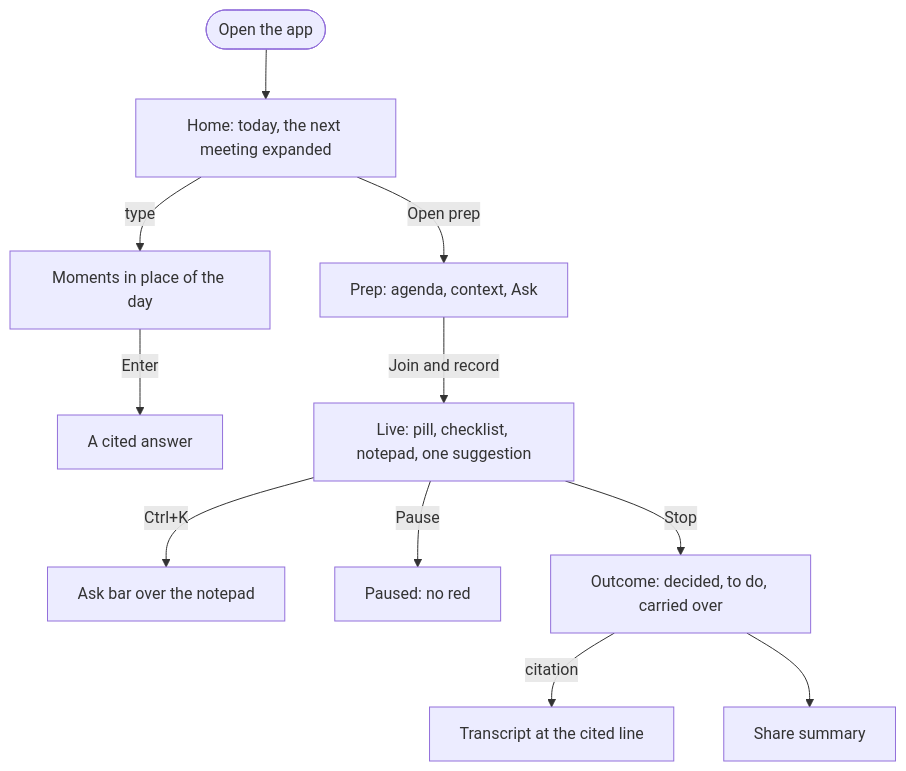
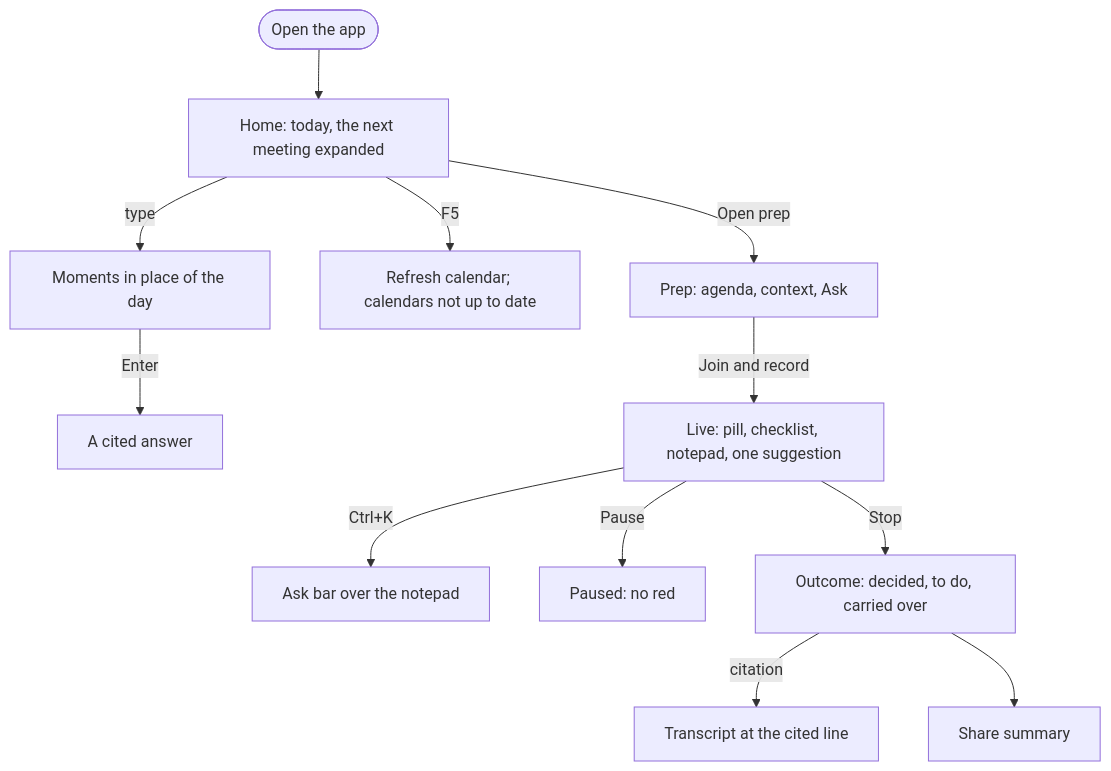
One commit to Kacper-Lubisz/kacola changed the second of 44 diagrams in docs/user-stories.md. Above: the diagram before and after it, drawn with Mermaid. The commit also changed other lines of this file and 35 other files, not shown here.

````diff
--- a/docs/user-stories.md
+++ b/docs/user-stories.md
@@ -123,23 +127,25 @@
 ```mermaid
 flowchart TD
   A([Open the app]) --> H[Home: today, the next meeting expanded]
   H -->|type| S[Moments in place of the day]
+  H -->|F5| R[Refresh calendar; calendars not up to date]
   S -->|Enter| SA[A cited answer]
   H -->|Open prep| P[Prep: agenda, context, Ask]
   P -->|Join and record| L[Live: pill, checklist, notepad, one suggestion]
   L -->|Ctrl+K| LA[Ask bar over the notepad]
   L -->|Pause| LP[Paused: no red]
   L -->|Stop| O[Outcome: decided, to do, carried over]
   O -->|citation| OT[Transcript at the cited line]
   O --> OS[Share summary]
   %% shot: H = day__home__next-meeting
+  %% shot: R = day__home__calendar-offline
   %% shot: S = day__search__moments
   %% shot: SA = day__search__answer
   %% shot: P = day__prep__agenda
   %% shot: L = day__live__suggestion
   %% shot: LA = day__live__ask
   %% shot: LP = day__live__paused
   %% shot: O = day__outcome__outcome
   %% shot: OT = day__outcome__transcript-cited
   %% shot: OS = day__outcome__share-summary
 ```
````
